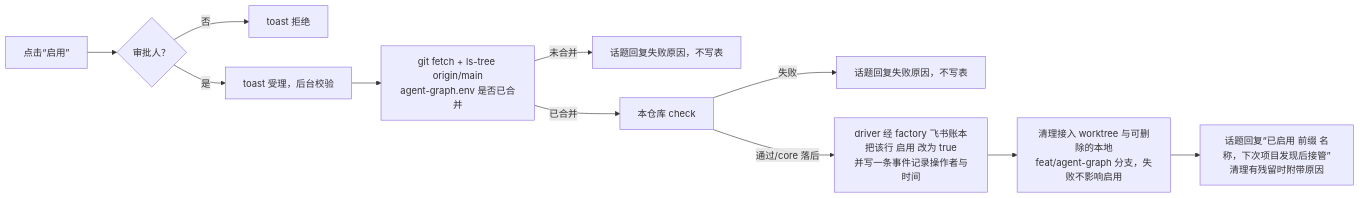
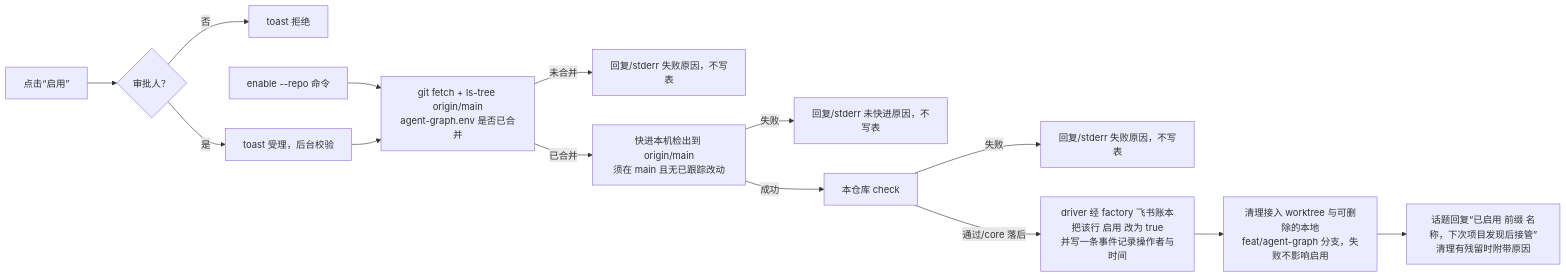
One commit to vmxmy/orca-factory changed the second of 2 diagrams in driver/README.md. Above: the diagram before and after it, drawn with Mermaid. The commit also changed other lines of this file and 5 other files, not shown here.

````diff
--- a/driver/README.md
+++ b/driver/README.md
@@ -247,13 +247,16 @@
 ```mermaid
 flowchart LR
     A[点击“启用”] --> B{审批人？}
     B -- 否 --> X[toast 拒绝]
     B -- 是 --> C[toast 受理，后台校验]
+    A2[enable --repo 命令] --> D
     C --> D[git fetch + ls-tree origin/main<br/>agent-graph.env 是否已合并]
-    D -- 未合并 --> F1[话题回复失败原因，不写表]
-    D -- 已合并 --> E[本仓库 check]
-    E -- 失败 --> F2[话题回复失败原因，不写表]
+    D -- 未合并 --> F1[回复/stderr 失败原因，不写表]
+    D -- 已合并 --> D2[快进本机检出到 origin/main<br/>须在 main 且无已跟踪改动]
+    D2 -- 失败 --> F3[回复/stderr 未快进原因，不写表]
+    D2 -- 成功 --> E[本仓库 check]
+    E -- 失败 --> F2[回复/stderr 失败原因，不写表]
     E -- 通过/core 落后 --> G[driver 经 factory 飞书账本把该行 启用 改为 true<br/>并写一条事件记录操作者与时间]
     G --> G2[清理接入 worktree 与可删除的本地<br/>feat/agent-graph 分支，失败不影响启用]
     G2 --> H[话题回复“已启用 前缀 名称，下次项目发现后接管”<br/>清理有残留时附带原因]
 ```
````
